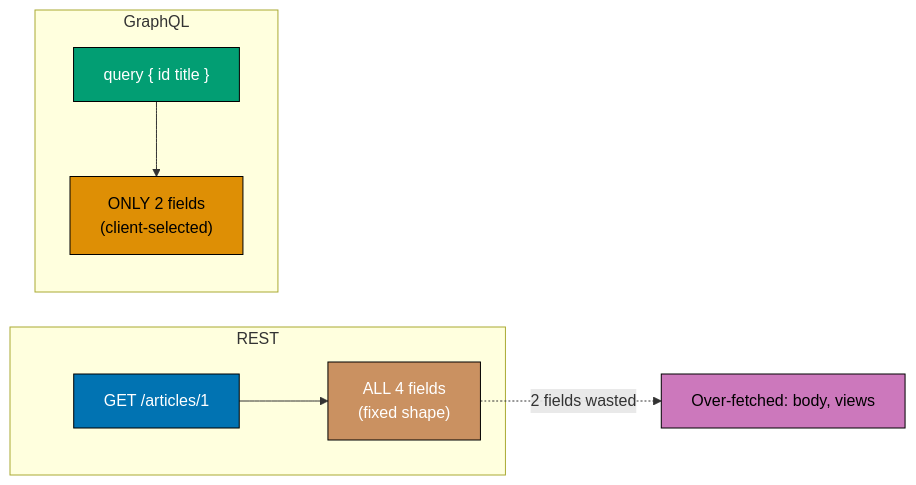
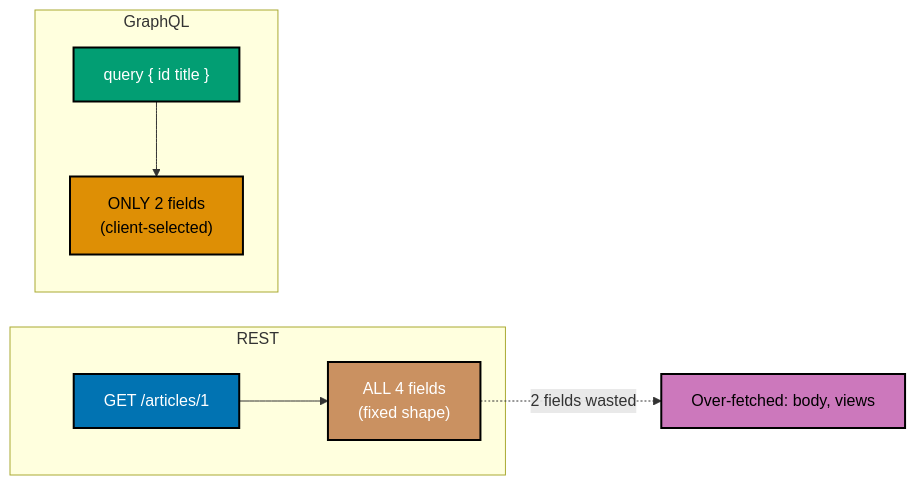
One commit to wahidyankf/open-sharia-fintech changed the second of 10 diagrams in apps/ayokoding-www/content/en/learn/courses/api-design/learning/advanced.md. Above: the diagram before and after it, drawn with Mermaid. The commit also changed other lines of this file and 6 other files, not shown here.

````diff
--- a/apps/ayokoding-www/content/en/learn/courses/api-design/learning/advanced.md
+++ b/apps/ayokoding-www/content/en/learn/courses/api-design/learning/advanced.md
@@ -193,17 +194,22 @@
 ```mermaid
 %% Color Palette: Blue #0173B2, Orange #DE8F05, Teal #029E73, Purple #CC78BC, Brown #CA9161
 graph LR
     subgraph REST
         R1[GET /articles/1] --> R2["ALL 4 fields<br/>(fixed shape)"]
     end
     subgraph GraphQL
         G1["query { id title }"] --> G2["ONLY 2 fields<br/>(client-selected)"]
     end
     R2 -.->|2 fields wasted| W[Over-fetched: body, views]
 
-    style R1 fill:#0173B2,stroke:#000,color:#fff
-    style R2 fill:#CA9161,stroke:#000,color:#fff
-    style G1 fill:#029E73,stroke:#000,color:#fff
-    style G2 fill:#DE8F05,stroke:#000,color:#000
-    style W fill:#CC78BC,stroke:#000,color:#000
+    classDef blue fill:#0173B2,stroke:#000000,color:#FFFFFF,stroke-width:2px
+    classDef brown fill:#CA9161,stroke:#000000,color:#FFFFFF,stroke-width:2px
+    classDef teal fill:#029E73,stroke:#000000,color:#FFFFFF,stroke-width:2px
+    classDef orange fill:#DE8F05,stroke:#000000,color:#000000,stroke-width:2px
+    classDef purple fill:#CC78BC,stroke:#000000,color:#000000,stroke-width:2px
+    class R1 blue
+    class R2 brown
+    class G1 teal
+    class G2 orange
+    class W purple
 ```
````
